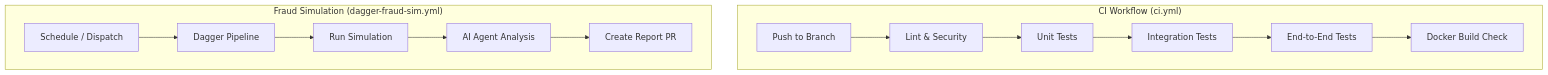
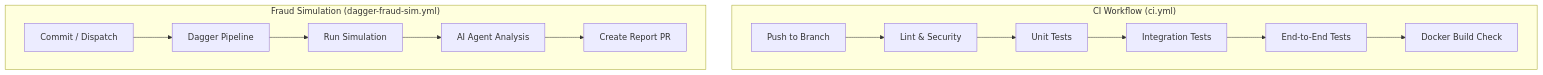
Before and after one commit to fayedraza/authentication-service: the second of 2 diagrams in README.md, drawn with Mermaid. The commit also changed other lines of this file and 6 other files, not shown here.

````diff
--- a/README.md
+++ b/README.md
@@ -93,17 +93,18 @@
 ```mermaid
 graph TD
     subgraph "CI Workflow (ci.yml)"
         Push[Push to Branch] --> Lint[Lint & Security]
         Lint --> Unit[Unit Tests]
         Unit --> Integration[Integration Tests]
         Integration --> E2E[End-to-End Tests]
         E2E --> Build[Docker Build Check]
     end
 
     subgraph "Fraud Simulation (dagger-fraud-sim.yml)"
-        SimTrigger[Schedule / Dispatch] --> Dagger[Dagger Pipeline]
+
+        SimTrigger[Commit / Dispatch] --> Dagger[Dagger Pipeline]
         Dagger --> SimRun[Run Simulation]
         SimRun --> AIAnalysis[AI Agent Analysis]
         AIAnalysis --> PR[Create Report PR]
     end
 ```
````
